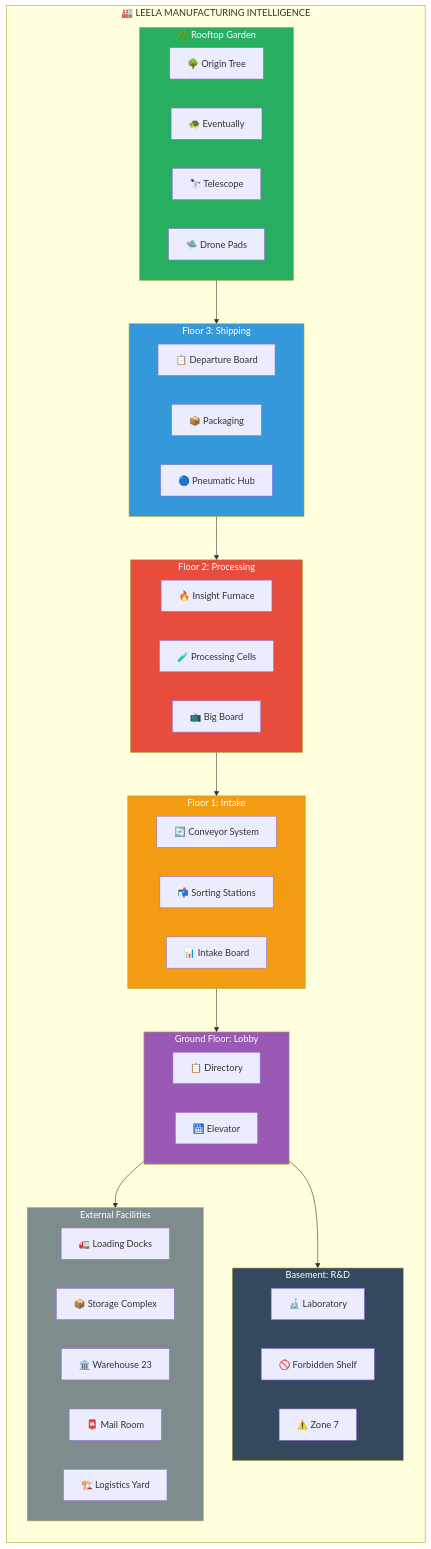
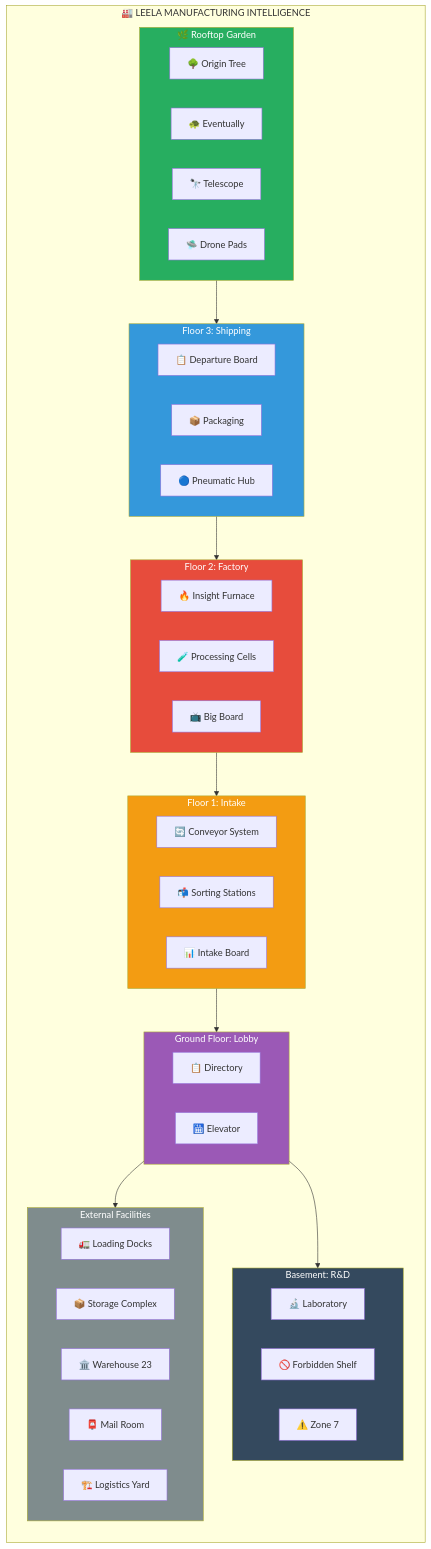
Before and after one commit to SimHacker/moollm: the sixth of 9 diagrams in examples/adventure-4/street/lane-neverending/leela-manufacturing/README.md, drawn with Mermaid. The commit also changed other lines of this file and 15 other files, not shown here.

First line of the commit message:
Fix Floor 2 name: Processing Floor → Factory Floor

````diff
--- a/examples/adventure-4/street/lane-neverending/leela-manufacturing/README.md
+++ b/examples/adventure-4/street/lane-neverending/leela-manufacturing/README.md
@@ -192,61 +192,61 @@
 ```mermaid
 flowchart TB
     subgraph Building["🏭 LEELA MANUFACTURING INTELLIGENCE"]
         direction TB
         
         subgraph Roof["🌿 Rooftop Garden"]
             Tree["🌳 Origin Tree"]
             Turtle["🐢 Eventually"]
             Scope["🔭 Telescope"]
             Drones["🛸 Drone Pads"]
         end
         
         subgraph F3["Floor 3: Shipping"]
             Depart["📋 Departure Board"]
             Pack["📦 Packaging"]
             Pneumatic["🔵 Pneumatic Hub"]
         end
         
-        subgraph F2["Floor 2: Processing"]
+        subgraph F2["Floor 2: Factory"]
             Furnace["🔥 Insight Furnace"]
             Cells["🧪 Processing Cells"]
             Board["📺 Big Board"]
         end
         
         subgraph F1["Floor 1: Intake"]
             Conv["🔄 Conveyor System"]
             Sort["📬 Sorting Stations"]
             Intake["📊 Intake Board"]
         end
         
         subgraph Lobby["Ground Floor: Lobby"]
             Dir["📋 Directory"]
             Elev["🛗 Elevator"]
         end
         
         subgraph Base["Basement: R&D"]
             Lab["🔬 Laboratory"]
             Shelf["🚫 Forbidden Shelf"]
             Zone7["⚠️ Zone 7"]
         end
         
         subgraph External["External Facilities"]
             Load["🚛 Loading Docks"]
             Store["📦 Storage Complex"]
             W23["🏛️ Warehouse 23"]
             Mail["📮 Mail Room"]
             Yard["🏗️ Logistics Yard"]
         end
     end
     
     Roof --> F3 --> F2 --> F1 --> Lobby --> Base
     Lobby --> External
 
     style Roof fill:#27ae60,color:#fff
     style F3 fill:#3498db,color:#fff
     style F2 fill:#e74c3c,color:#fff
     style F1 fill:#f39c12,color:#fff
     style Lobby fill:#9b59b6,color:#fff
     style Base fill:#34495e,color:#fff
     style External fill:#7f8c8d,color:#fff
 ```
````
